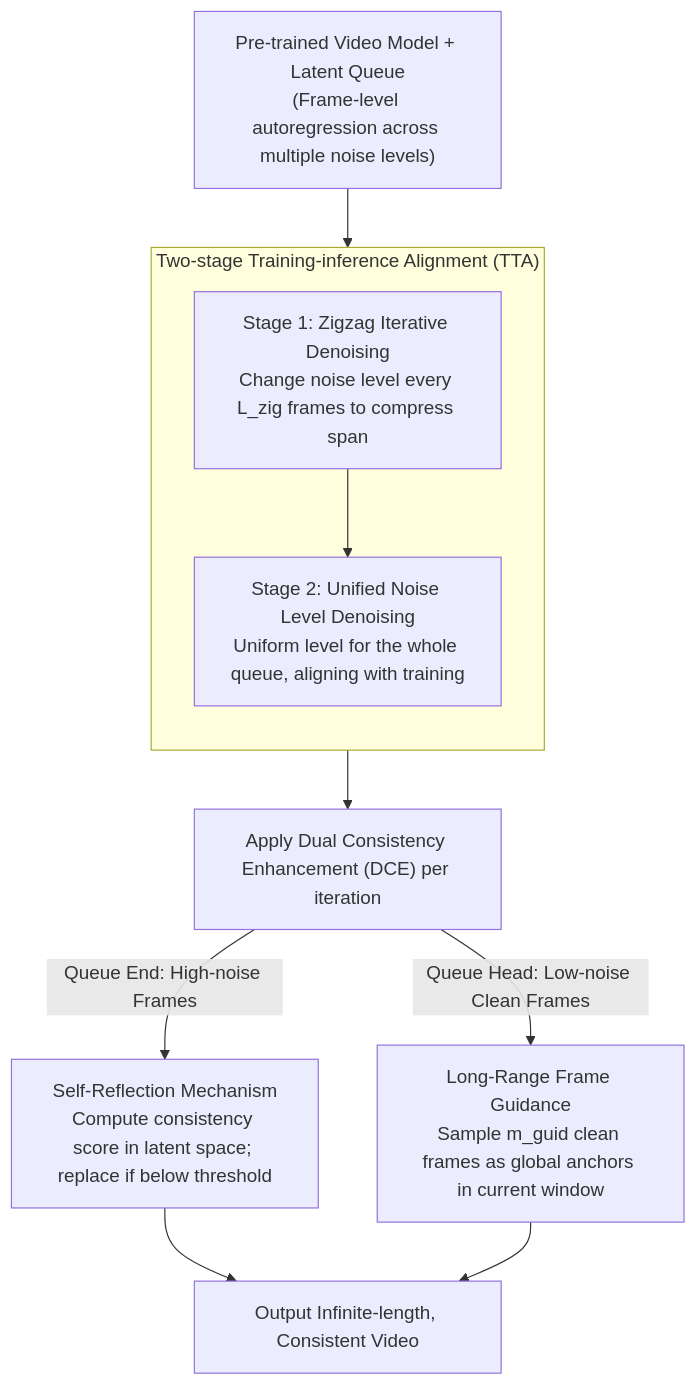
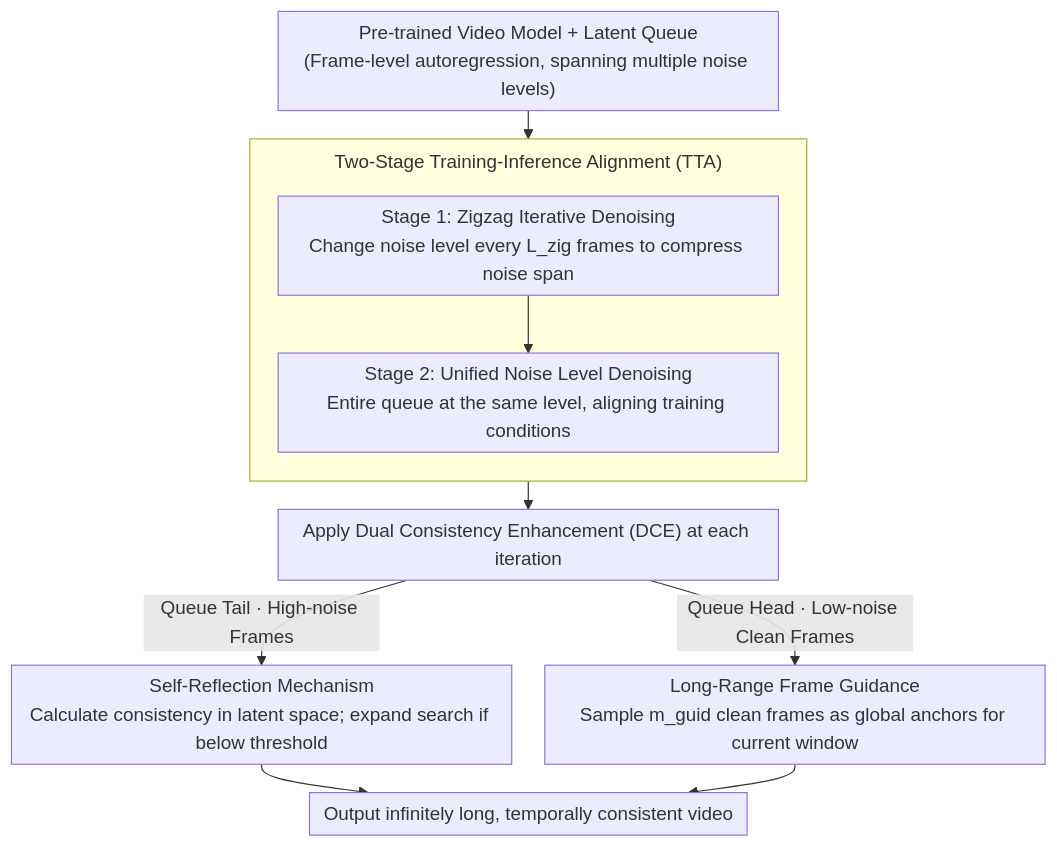
Before and after one commit to zhaoyang97/Paper-Notes-en: the diagram in docs/ICML2026/video_generation/enhancing_train-free_infinite-frame_generation_for_consistent_long_videos.md, drawn with Mermaid. The commit also changed other lines of this file and 5084 other files, not shown here.

````diff
--- a/docs/ICML2026/video_generation/enhancing_train-free_infinite-frame_generation_for_consistent_long_videos.md
+++ b/docs/ICML2026/video_generation/enhancing_train-free_infinite-frame_generation_for_consistent_long_videos.md
@@ -42,13 +42,14 @@
 ```mermaid
-graph TD
-    A["Pre-trained Video Model + Latent Queue<br/>(Frame-level autoregression across multiple noise levels)"] --> TTA
-    subgraph TTA["Two-stage Training-inference Alignment (TTA)"]
+%%{init: {'flowchart': {'rankSpacing': 24, 'nodeSpacing': 28, 'padding': 6, 'wrappingWidth': 400, 'subGraphTitleMargin': {'top': 8, 'bottom': 16}}}}%%
+flowchart TD
+    A["Pre-trained Video Model + Latent Queue<br/>(Frame-level autoregression, spanning multiple noise levels)"] --> TTA
+    subgraph TTA["Two-Stage Training-Inference Alignment (TTA)"]
         direction TB
-        B["Stage 1: Zigzag Iterative Denoising<br/>Change noise level every L_zig frames to compress span"] --> C["Stage 2: Unified Noise Level Denoising<br/>Uniform level for the whole queue, aligning with training"]
+        B["Stage 1: Zigzag Iterative Denoising<br/>Change noise level every L_zig frames to compress noise span"] --> C["Stage 2: Unified Noise Level Denoising<br/>Entire queue at the same level, aligning training conditions"]
     end
-    TTA --> D["Apply Dual Consistency Enhancement (DCE) per iteration"]
-    D -->|"Queue End: High-noise Frames"| E["Self-Reflection Mechanism<br/>Compute consistency score in latent space; replace if below threshold"]
-    D -->|"Queue Head: Low-noise Clean Frames"| F["Long-Range Frame Guidance<br/>Sample m_guid clean frames as global anchors in current window"]
-    E --> G["Output Infinite-length, Consistent Video"]
+    TTA --> D["Apply Dual Consistency Enhancement (DCE) at each iteration"]
+    D -->|"Queue Tail · High-noise Frames"| E["Self-Reflection Mechanism<br/>Calculate consistency in latent space; expand search if below threshold"]
+    D -->|"Queue Head · Low-noise Clean Frames"| F["Long-Range Frame Guidance<br/>Sample m_guid clean frames as global anchors for current window"]
+    E --> G["Output infinitely long, temporally consistent video"]
     F --> G
 ```
````
